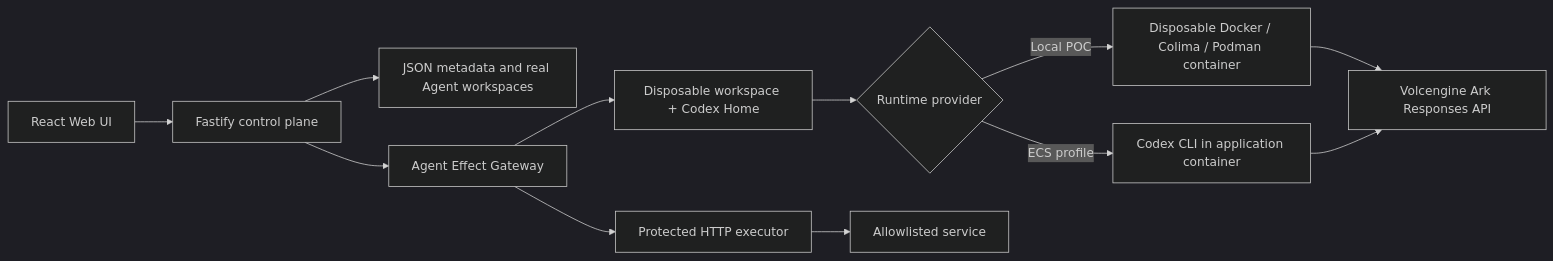
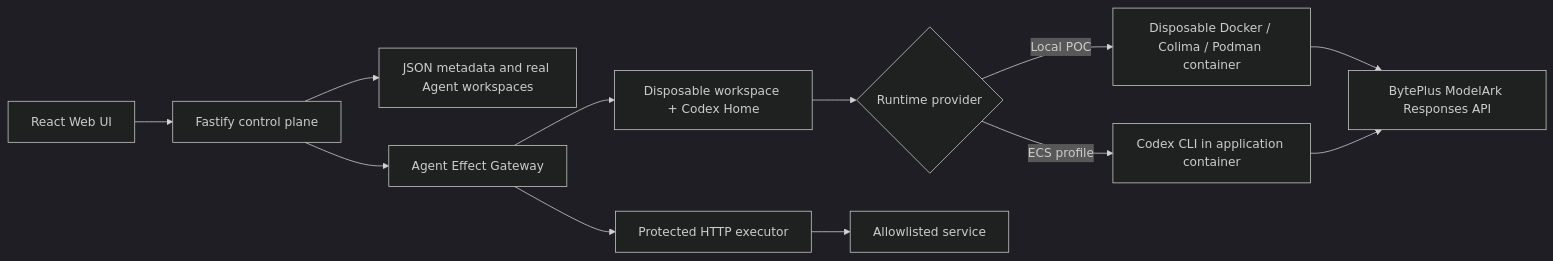
Before and after one commit to Snakinya/aeg-agent-security-middleware: the diagram in README.md, drawn with Mermaid (dark theme). The commit also changed other lines of this file and 13 other files, not shown here.

````diff
--- a/README.md
+++ b/README.md
@@ -363,14 +372,14 @@
 ```mermaid
 flowchart LR
     UI["React Web UI"] --> API["Fastify control plane"]
     API --> Store["JSON metadata and real Agent workspaces"]
     API --> AEG["Agent Effect Gateway"]
     AEG --> Stage["Disposable workspace + Codex Home"]
     AEG --> Http["Protected HTTP executor"]
     Stage --> Runtime{"Runtime provider"}
     Runtime -->|Local POC| Container["Disposable Docker / Colima / Podman container"]
     Runtime -->|ECS profile| Codex["Codex CLI in application container"]
-    Container --> Ark["Volcengine Ark Responses API"]
+    Container --> Ark["BytePlus ModelArk Responses API"]
     Codex --> Ark
     Http --> Target["Allowlisted service"]
 ```
````
